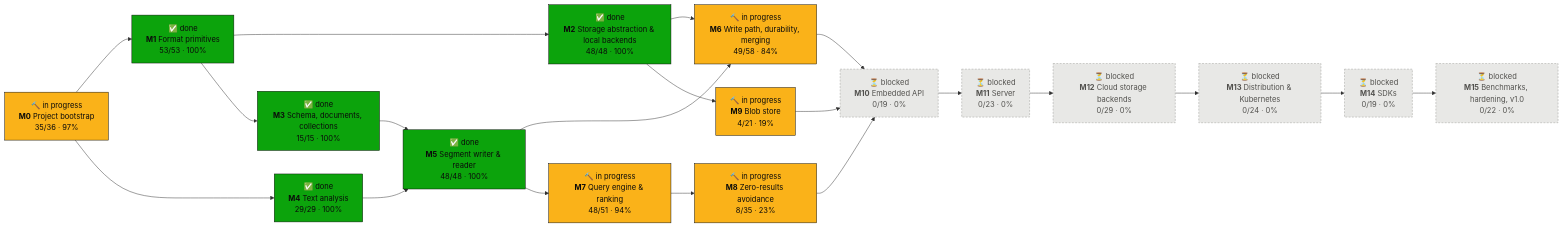
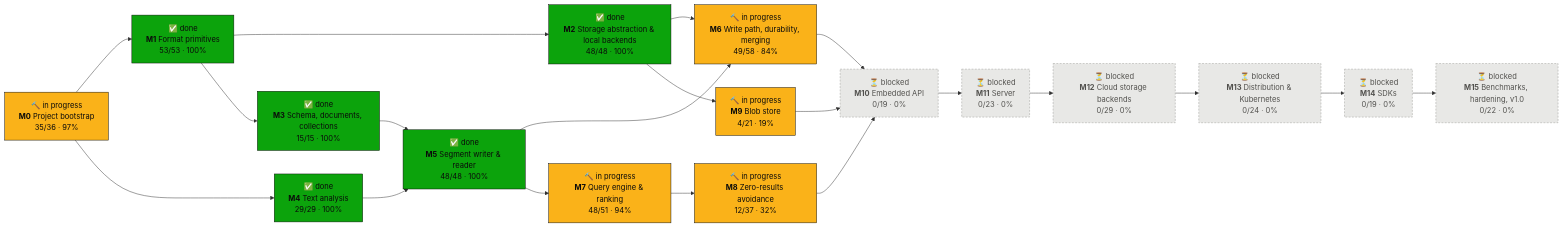
Before and after one commit to tomiok/persiaDB: the first of 2 diagrams in PROGRESS.md, drawn with Mermaid. The commit also changed other lines of this file and 21 other files, not shown here.

First line of the commit message:
feat(engine): L2 drop_terms: term importance, minimum_should_match ladder, single-term skip (ROADMAP 8.2.2.1–8.2.2.3) (#89)

````diff
--- a/PROGRESS.md
+++ b/PROGRESS.md
@@ -16,42 +16,42 @@
 ```mermaid
 flowchart LR
   M0["🔨 in progress<br/><b>M0</b> Project bootstrap<br/>35/36 · 97%"]:::doing
   M1["✅ done<br/><b>M1</b> Format primitives<br/>53/53 · 100%"]:::done
   M2["✅ done<br/><b>M2</b> Storage abstraction & local backends<br/>48/48 · 100%"]:::done
   M3["✅ done<br/><b>M3</b> Schema, documents, collections<br/>15/15 · 100%"]:::done
   M4["✅ done<br/><b>M4</b> Text analysis<br/>29/29 · 100%"]:::done
   M5["✅ done<br/><b>M5</b> Segment writer & reader<br/>48/48 · 100%"]:::done
   M6["🔨 in progress<br/><b>M6</b> Write path, durability, merging<br/>49/58 · 84%"]:::doing
   M7["🔨 in progress<br/><b>M7</b> Query engine & ranking<br/>48/51 · 94%"]:::doing
-  M8["🔨 in progress<br/><b>M8</b> Zero-results avoidance<br/>8/35 · 23%"]:::doing
+  M8["🔨 in progress<br/><b>M8</b> Zero-results avoidance<br/>12/37 · 32%"]:::doing
   M9["🔨 in progress<br/><b>M9</b> Blob store<br/>4/21 · 19%"]:::doing
   M10["⏳ blocked<br/><b>M10</b> Embedded API<br/>0/19 · 0%"]:::blocked
   M11["⏳ blocked<br/><b>M11</b> Server<br/>0/23 · 0%"]:::blocked
   M12["⏳ blocked<br/><b>M12</b> Cloud storage backends<br/>0/29 · 0%"]:::blocked
   M13["⏳ blocked<br/><b>M13</b> Distribution & Kubernetes<br/>0/24 · 0%"]:::blocked
   M14["⏳ blocked<br/><b>M14</b> SDKs<br/>0/19 · 0%"]:::blocked
   M15["⏳ blocked<br/><b>M15</b> Benchmarks, hardening, v1.0<br/>0/22 · 0%"]:::blocked
   M0 --> M1
   M1 --> M2
   M1 --> M3
   M0 --> M4
   M3 --> M5
   M4 --> M5
   M2 --> M6
   M5 --> M6
   M5 --> M7
   M7 --> M8
   M2 --> M9
   M6 --> M10
   M8 --> M10
   M9 --> M10
   M10 --> M11
   M11 --> M12
   M12 --> M13
   M13 --> M14
   M14 --> M15
   classDef done fill:#0ca30c,stroke:#0b0b0b,color:#0b0b0b
   classDef doing fill:#fab219,stroke:#0b0b0b,color:#0b0b0b
   classDef ready fill:#fcfcfb,stroke:#0b0b0b,stroke-width:2px,color:#0b0b0b
   classDef blocked fill:#e8e8e6,stroke:#9a9a96,stroke-dasharray:4 3,color:#52514e
 ```
````
